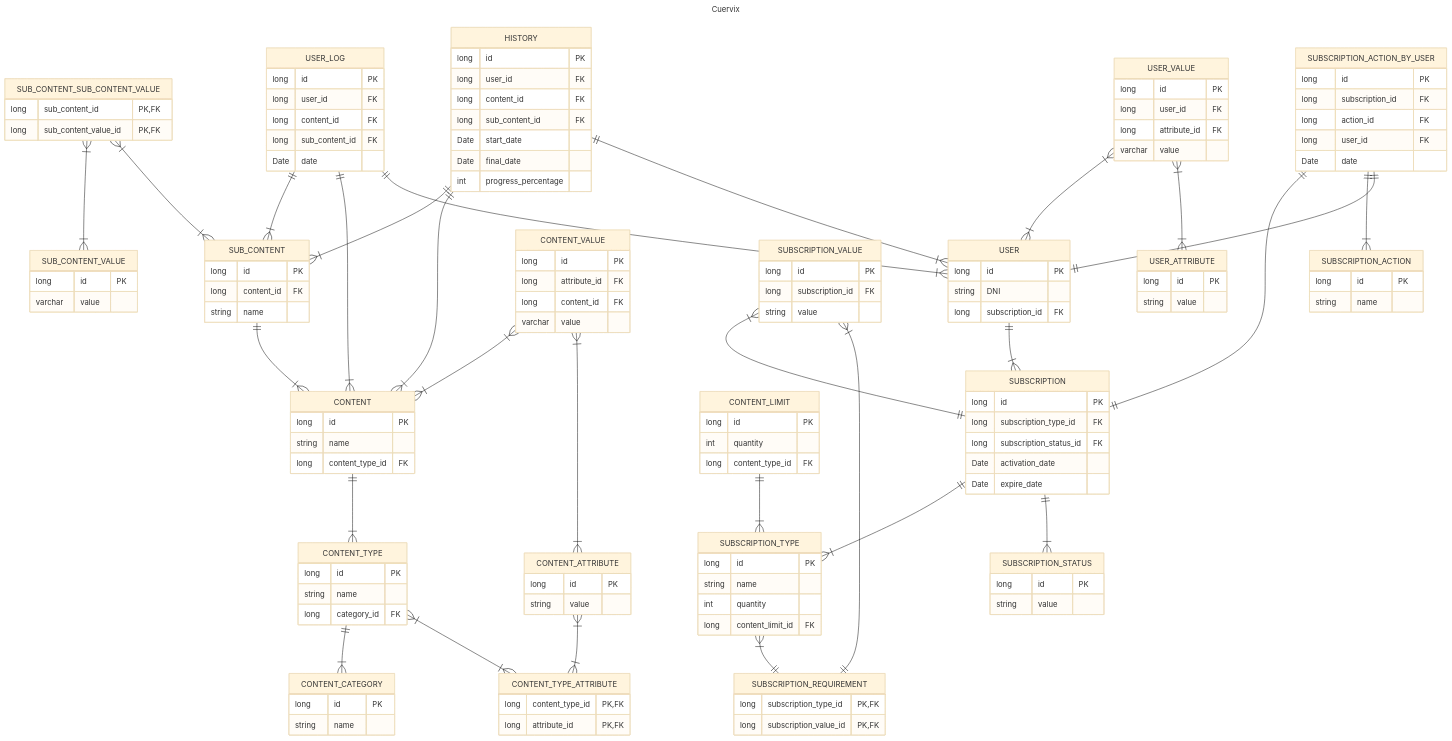
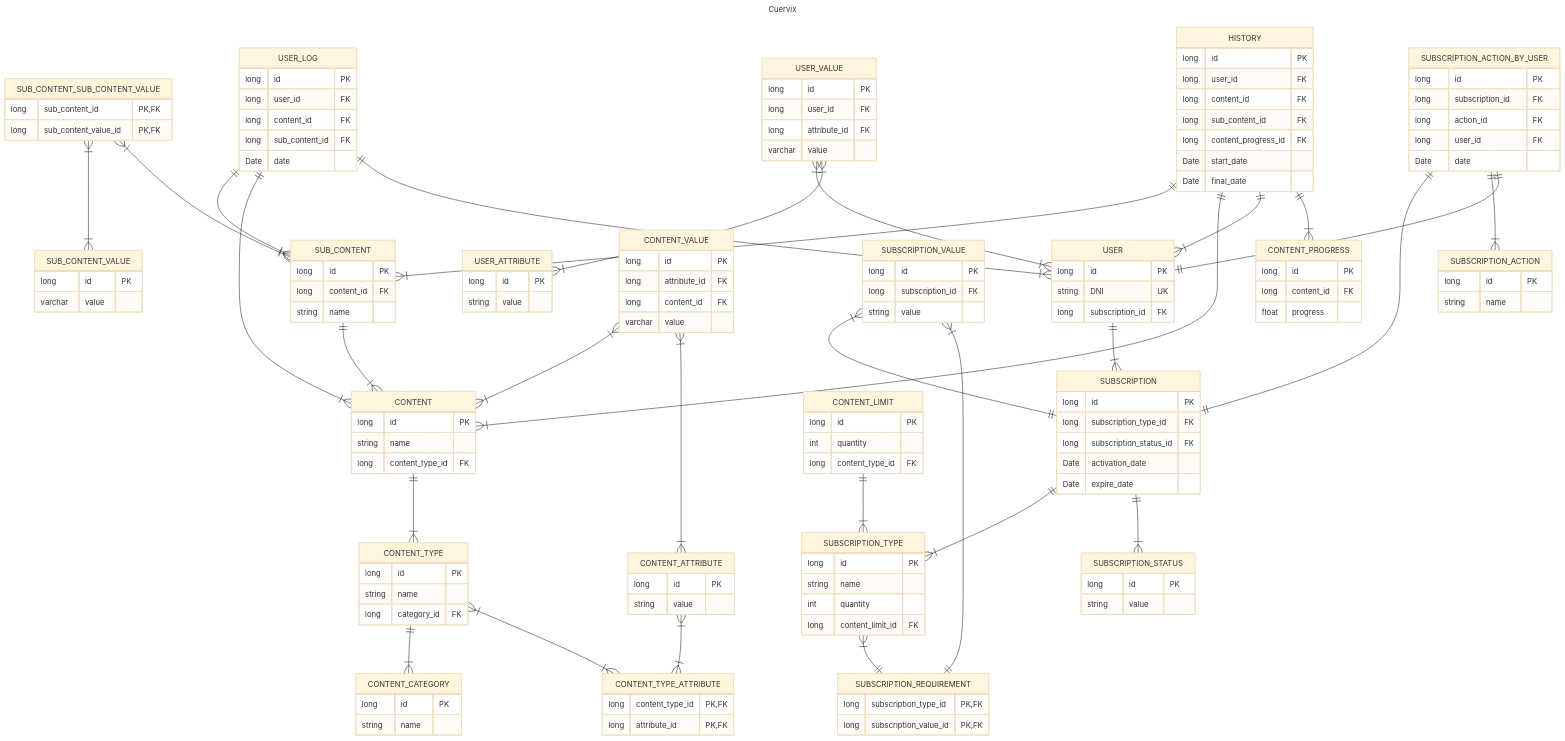
One commit to maiacamarero/DISIS_DB changed the diagram in Cuervix.mmd. Above: the diagram before and after it, drawn with Mermaid (base theme). The commit also changed 1 other file, not shown here.

```diff
--- a/Cuervix.mmd
+++ b/Cuervix.mmd
@@ -1,174 +1,180 @@
 ---
 title: Cuervix
 ---
 erDiagram
     CONTENT ||--|{ CONTENT_TYPE : ""
     CONTENT{
         long id PK
         string name
         long content_type_id FK
     }
 
     SUB_CONTENT ||--|{ CONTENT : ""
     SUB_CONTENT{
         long id PK
         long content_id FK
         string name
     }
 
     SUB_CONTENT_SUB_CONTENT_VALUE }|--|{ SUB_CONTENT_VALUE :""
     SUB_CONTENT_SUB_CONTENT_VALUE }|--|{ SUB_CONTENT :""
     SUB_CONTENT_SUB_CONTENT_VALUE{
         long sub_content_id PK, FK
         long sub_content_value_id PK, FK
     }
 
     SUB_CONTENT_VALUE{
         long id PK
         varchar value
     }
 
 
     CONTENT_TYPE ||--|{ CONTENT_CATEGORY : ""
     CONTENT_TYPE{
         long id PK
         string name
         long category_id FK
     }
 
     CONTENT_CATEGORY{
         long id PK
         string name
     }
 
     CONTENT_TYPE }|--|{ CONTENT_TYPE_ATTRIBUTE : ""
     CONTENT_ATTRIBUTE }|--|{ CONTENT_TYPE_ATTRIBUTE : ""
 
     CONTENT_ATTRIBUTE{
         long id PK
         string value
     }
 
     CONTENT_TYPE_ATTRIBUTE{
         long content_type_id PK, FK
         long attribute_id PK, FK
     }
 
 
 
 
     USER{
         long id PK
-        string DNI
+        string DNI UK
         long subscription_id FK
     }
 
     USER_VALUE }|--|{ USER : ""
     USER_VALUE{
         long id PK
         long user_id FK
         long attribute_id FK
         varchar value
     }
     USER_VALUE }|--|{ USER_ATTRIBUTE : ""
 
     USER_ATTRIBUTE{
         long id PK
         string value
     }
 
     CONTENT_VALUE }|--|{ CONTENT : ""
     CONTENT_VALUE{
         long id PK
         long attribute_id FK
         long content_id FK
         varchar value
     }
 
     CONTENT_VALUE }|--|{ CONTENT_ATTRIBUTE : ""
 
     USER ||--|{ SUBSCRIPTION : ""
     SUBSCRIPTION{
         long id PK
         long subscription_type_id FK
         long subscription_status_id FK
         Date activation_date
         Date expire_date
     }
 
     SUBSCRIPTION_STATUS{
         long id PK
         string value
     }
 
     SUBSCRIPTION_VALUE{
         long id PK
         long subscription_id FK
         string value
     }
     SUBSCRIPTION_VALUE }|--|| SUBSCRIPTION : ""
 
     SUBSCRIPTION_VALUE }|--|| SUBSCRIPTION_REQUIREMENT : ""
     SUBSCRIPTION_TYPE }|--|| SUBSCRIPTION_REQUIREMENT : ""
     SUBSCRIPTION_REQUIREMENT{
         long subscription_type_id PK, FK
         long subscription_value_id PK, FK
     }
 
     SUBSCRIPTION ||--|{ SUBSCRIPTION_TYPE : ""
     SUBSCRIPTION_TYPE{
         long id PK
         string name
         int quantity
         long content_limit_id FK
     }
     SUBSCRIPTION ||--|{ SUBSCRIPTION_STATUS : ""
 
     SUBSCRIPTION_ACTION_BY_USER{
         long id PK
         long subscription_id FK
         long action_id FK
         long user_id FK
         Date date
     }
 
     SUBSCRIPTION_ACTION_BY_USER ||--|| SUBSCRIPTION : ""
     SUBSCRIPTION_ACTION_BY_USER ||--|{ SUBSCRIPTION_ACTION : ""
     SUBSCRIPTION_ACTION_BY_USER ||--|| USER : ""
 
     SUBSCRIPTION_ACTION{
         long id PK
         string name
     }
 
     CONTENT_LIMIT ||--|{ SUBSCRIPTION_TYPE : ""
     CONTENT_LIMIT{
         long id PK
         int quantity
         long content_type_id FK
     }
 
     USER_LOG ||--|{ SUB_CONTENT : ""
     USER_LOG ||--|{ CONTENT : ""
     USER_LOG ||--|{ USER : ""
     USER_LOG{
         long id PK
         long user_id FK
         long content_id FK
         long sub_content_id FK
         Date date
     }
 
     HISTORY ||--|{ SUB_CONTENT : ""
     HISTORY ||--|{ CONTENT : ""
     HISTORY ||--|{ USER : ""
     HISTORY{
         long id PK
         long user_id FK
         long content_id FK
         long sub_content_id FK
+        long content_progress_id FK
         Date start_date
         Date final_date
-        int progress_percentage
+    }
 
+    HISTORY ||--|{ CONTENT_PROGRESS : ""
+    CONTENT_PROGRESS{
+        long id PK
+        long content_id FK
+        float progress
     }
```
